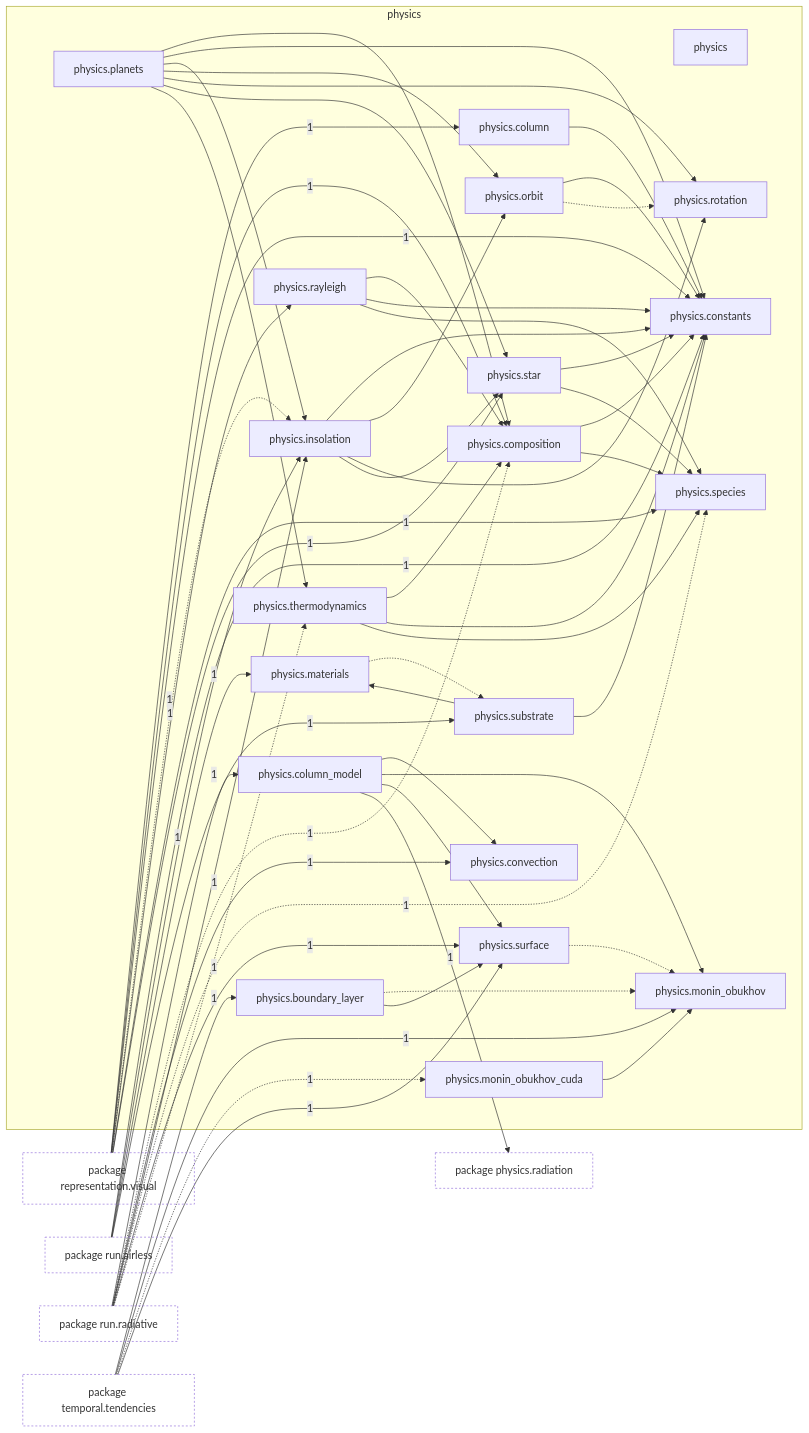
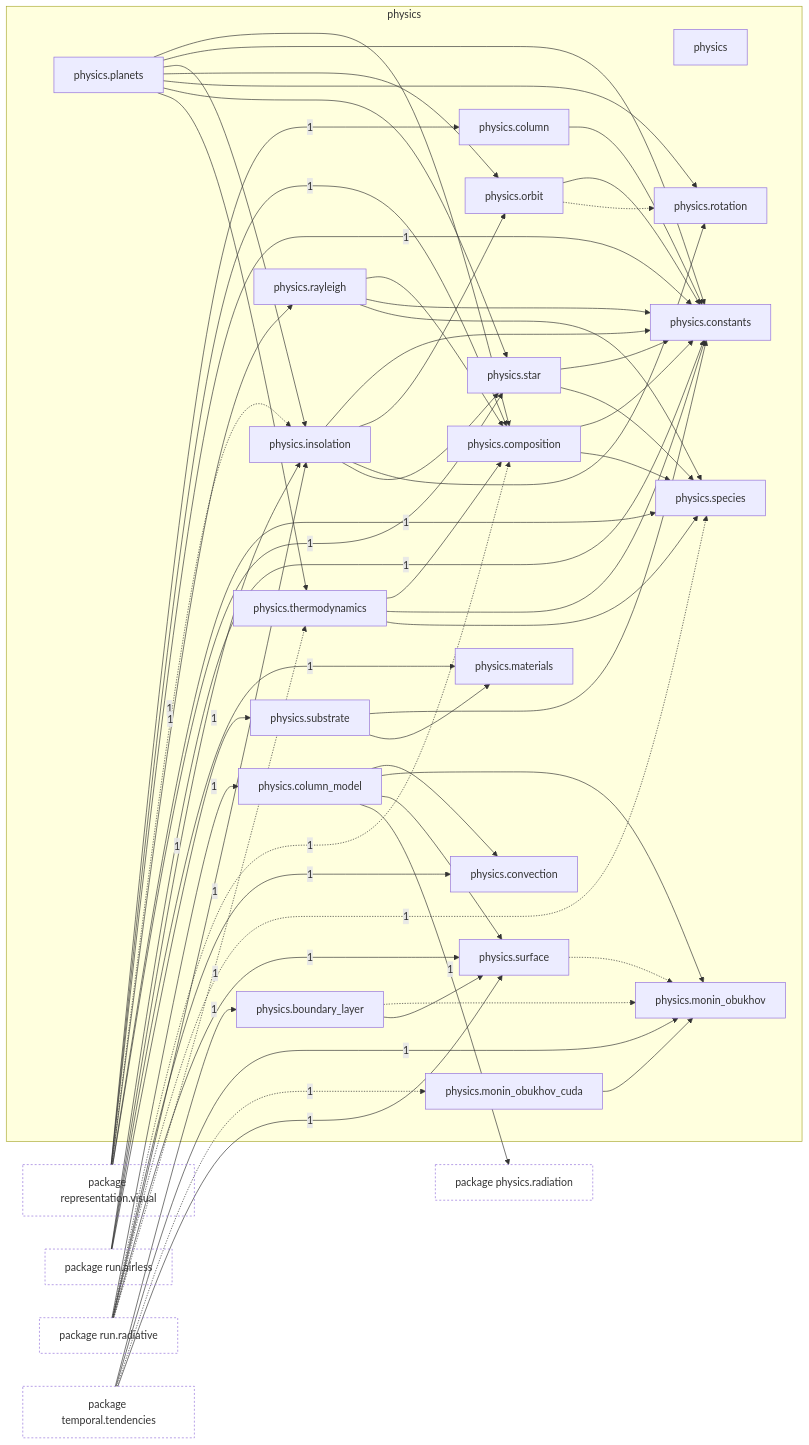
The first of 2 diagrams in docs/architecture/current/packages/tropoi.physics.md (AlexandreEros/Palintropos), drawn with Mermaid before and after one commit. The commit also changed other lines of this file and 47 other files, not shown here.

```diff
--- a/docs/architecture/current/packages/tropoi.physics.md
+++ b/docs/architecture/current/packages/tropoi.physics.md
@@ -78,7 +78,6 @@
     n_tropoi_ophysics_oinsolation --> n_tropoi_ophysics_oorbit
     n_tropoi_ophysics_oinsolation --> n_tropoi_ophysics_orotation
     n_tropoi_ophysics_oinsolation --> n_tropoi_ophysics_ostar
-    n_tropoi_ophysics_omaterials -.-> n_tropoi_ophysics_osubstrate
     n_tropoi_ophysics_omonin__obukhov__cuda --> n_tropoi_ophysics_omonin__obukhov
     n_tropoi_ophysics_oorbit --> n_tropoi_ophysics_oconstants
     n_tropoi_ophysics_oorbit -.-> n_tropoi_ophysics_orotation
```
